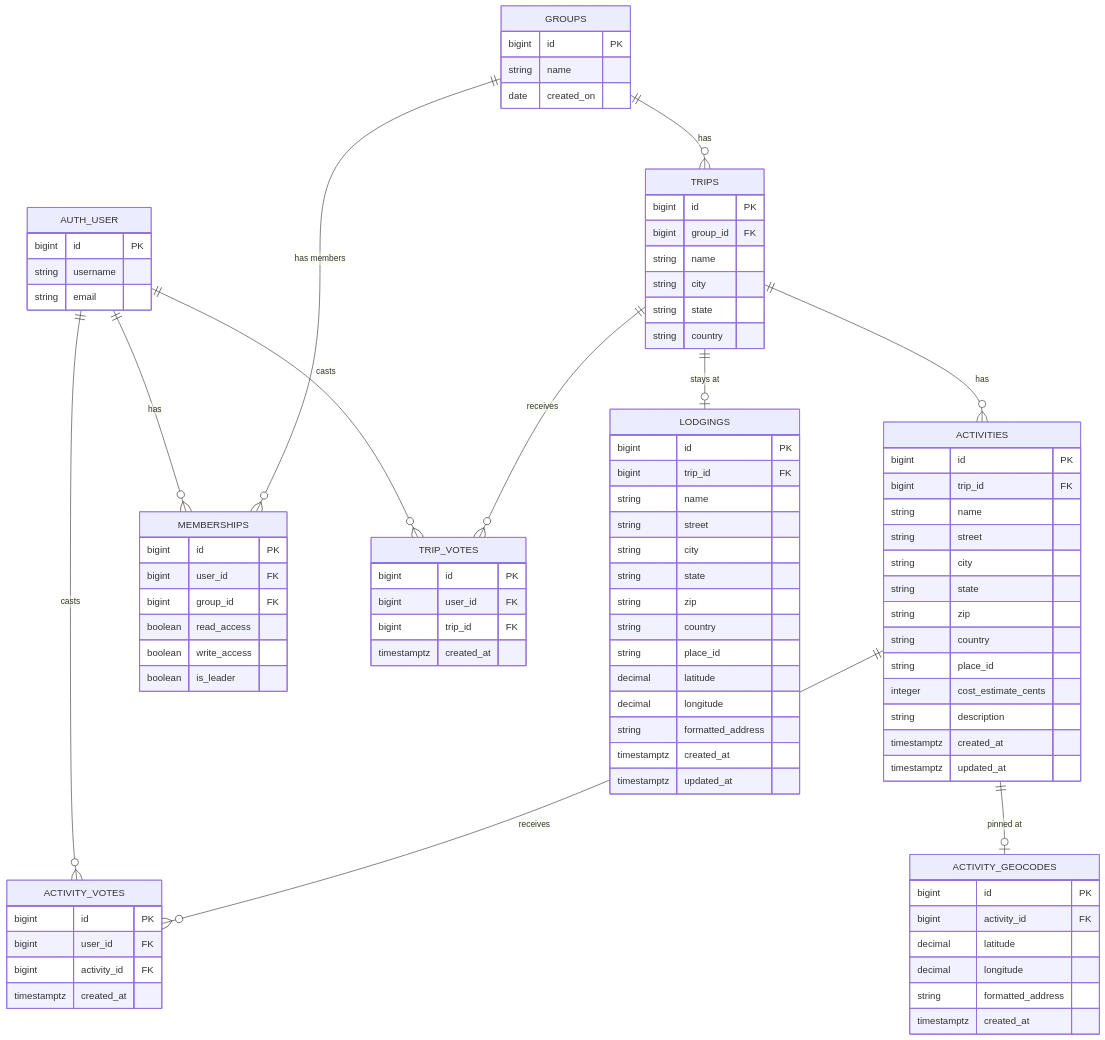
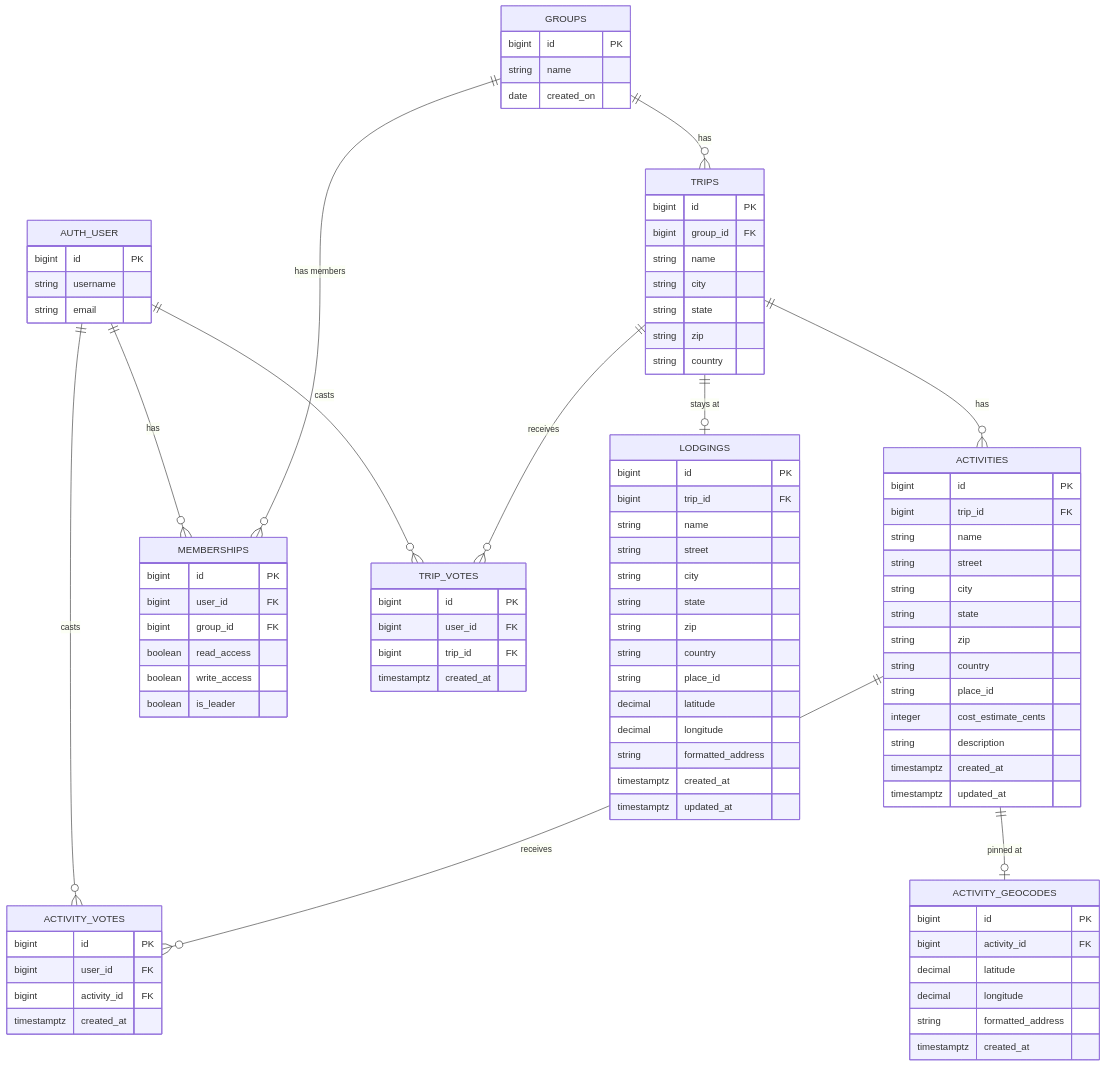
One commit to BoximusMaximus/TripSync changed the diagram in resources/README.md. Above: the diagram before and after it, drawn with Mermaid. The commit also changed other lines of this file and 32 other files, not shown here.

```diff
--- a/resources/README.md
+++ b/resources/README.md
@@ -97,6 +97,7 @@
         string name
         string city
         string state
+        string zip
         string country
     }
     ACTIVITIES {
```
